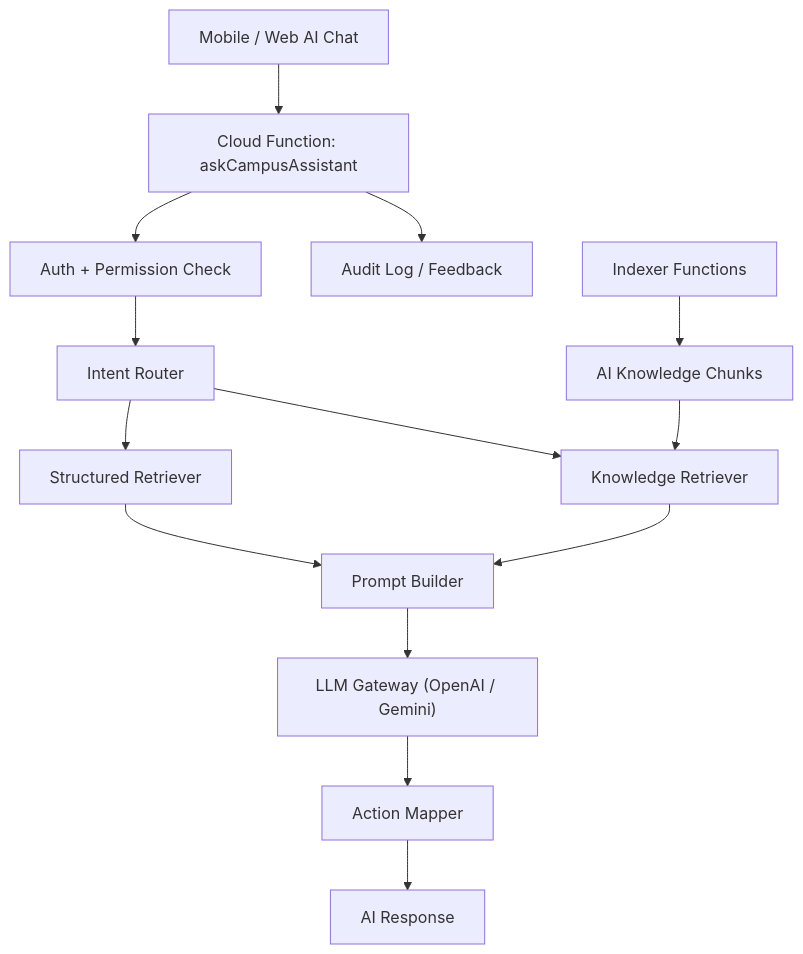
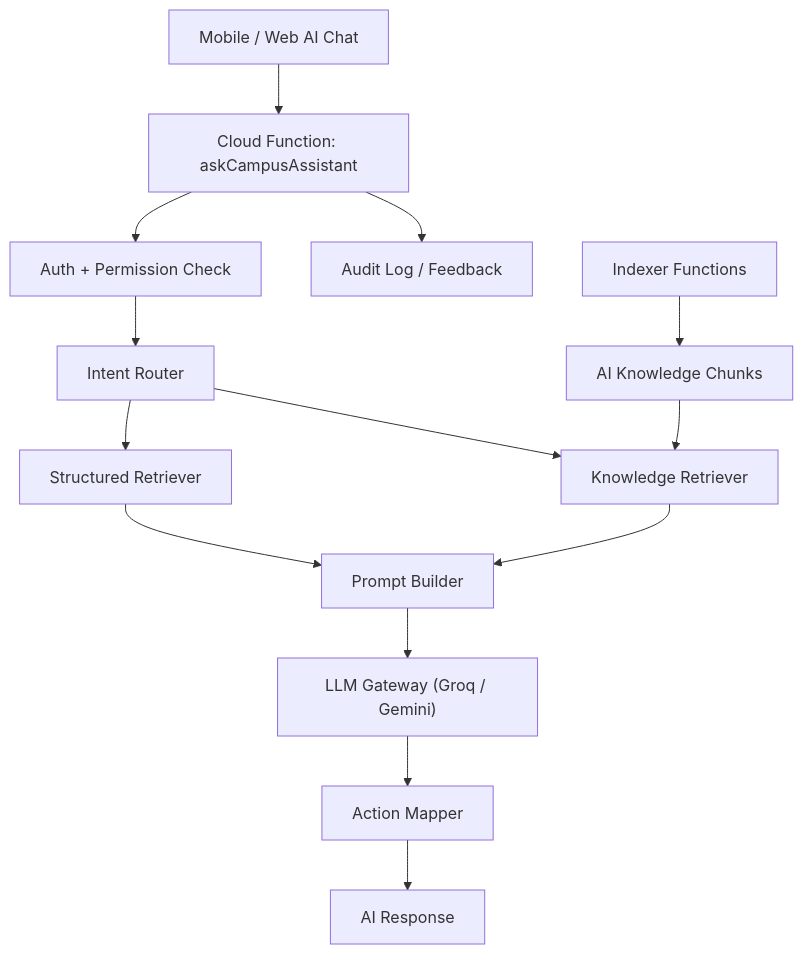
The diagram in docs/AI_ASSISTANT_ARCHITECTURE.md (Miiduoa/graduation), drawn with Mermaid before and after one commit. The commit also changed other lines of this file and 137 other files, not shown here.

````diff
--- a/docs/AI_ASSISTANT_ARCHITECTURE.md
+++ b/docs/AI_ASSISTANT_ARCHITECTURE.md
@@ -50,16 +75,16 @@
 ```mermaid
 flowchart TD
     A["Mobile / Web AI Chat"] --> B["Cloud Function: askCampusAssistant"]
     B --> C["Auth + Permission Check"]
     C --> D["Intent Router"]
     D --> E["Structured Retriever"]
     D --> F["Knowledge Retriever"]
     E --> G["Prompt Builder"]
     F --> G
-    G --> H["LLM Gateway (OpenAI / Gemini)"]
+    G --> H["LLM Gateway (Groq / Gemini)"]
     H --> I["Action Mapper"]
     I --> J["AI Response"]
     B --> K["Audit Log / Feedback"]
     L["Indexer Functions"] --> M["AI Knowledge Chunks"]
     M --> F
 ```
````
